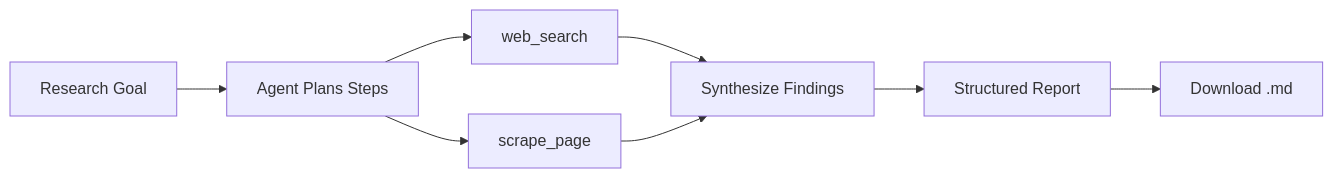
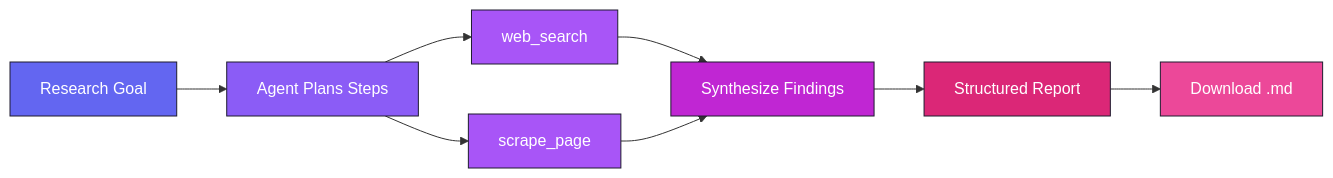
One commit to Amruta-Dabholkar/research-agent-python changed the diagram in README.md. Above: the diagram before and after it, drawn with Mermaid. The commit also changed other lines of this file, not shown here.

````diff
--- a/README.md
+++ b/README.md
@@ -121,10 +146,18 @@
 ```mermaid
 flowchart LR
     A[Research Goal] --> B[Agent Plans Steps]
     B --> C[web_search]
     B --> D[scrape_page]
     C --> E[Synthesize Findings]
     D --> E
     E --> F[Structured Report]
     F --> G[Download .md]
+
+    style A fill:#6366F1,stroke:#1E1B2E,color:#fff
+    style B fill:#8B5CF6,stroke:#1E1B2E,color:#fff
+    style C fill:#A855F7,stroke:#1E1B2E,color:#fff
+    style D fill:#A855F7,stroke:#1E1B2E,color:#fff
+    style E fill:#C026D3,stroke:#1E1B2E,color:#fff
+    style F fill:#DB2777,stroke:#1E1B2E,color:#fff
+    style G fill:#EC4899,stroke:#1E1B2E,color:#fff
 ```
````
